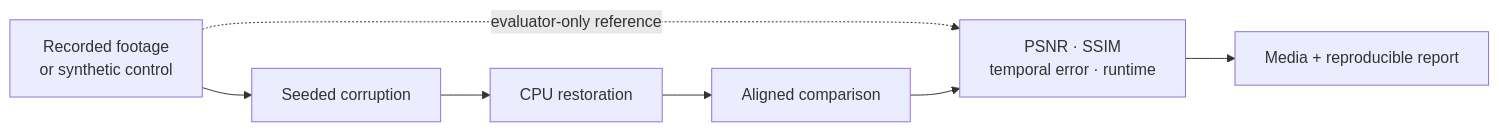
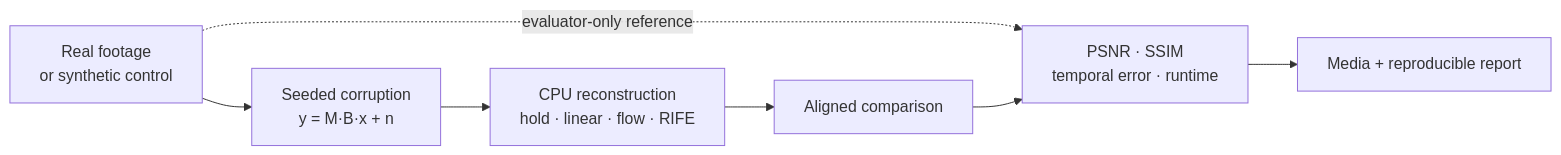
The diagram in README.md (Harishik/lacunaframe), drawn with Mermaid before and after one commit. The commit also changed other lines of this file and 25 other files, not shown here.

````diff
--- a/README.md
+++ b/README.md
@@ -29,9 +79,9 @@
 ```mermaid
 flowchart LR
-    A[Recorded footage<br/>or synthetic control] --> B[Seeded corruption]
-    B --> C[CPU restoration]
+    A[Real footage<br/>or synthetic control] --> B[Seeded corruption<br/>y = M·B·x + n]
+    B --> C[CPU reconstruction<br/>hold · linear · flow · RIFE]
     C --> D[Aligned comparison]
     A -. evaluator-only reference .-> E[PSNR · SSIM<br/>temporal error · runtime]
     D --> E
     E --> F[Media + reproducible report]
 ```
````
